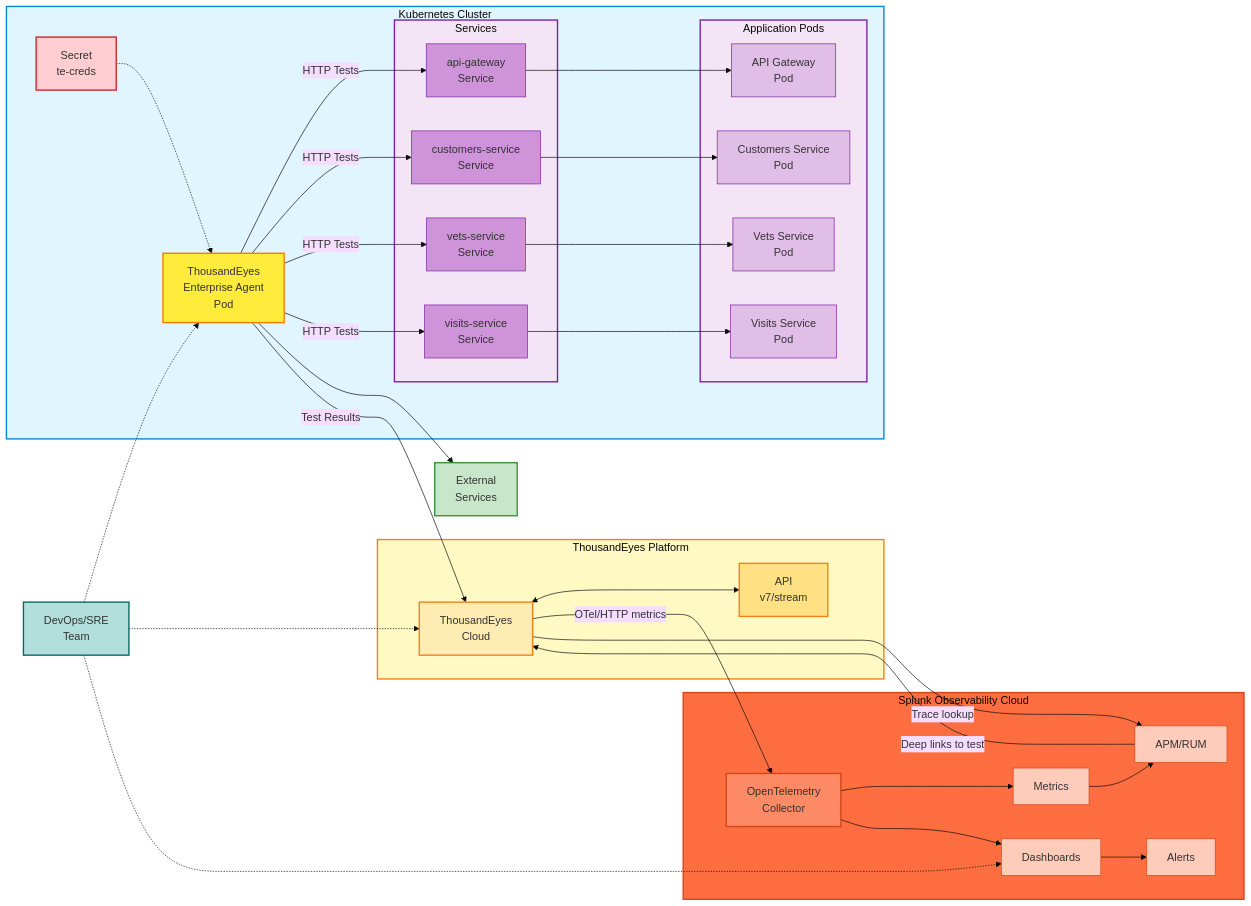
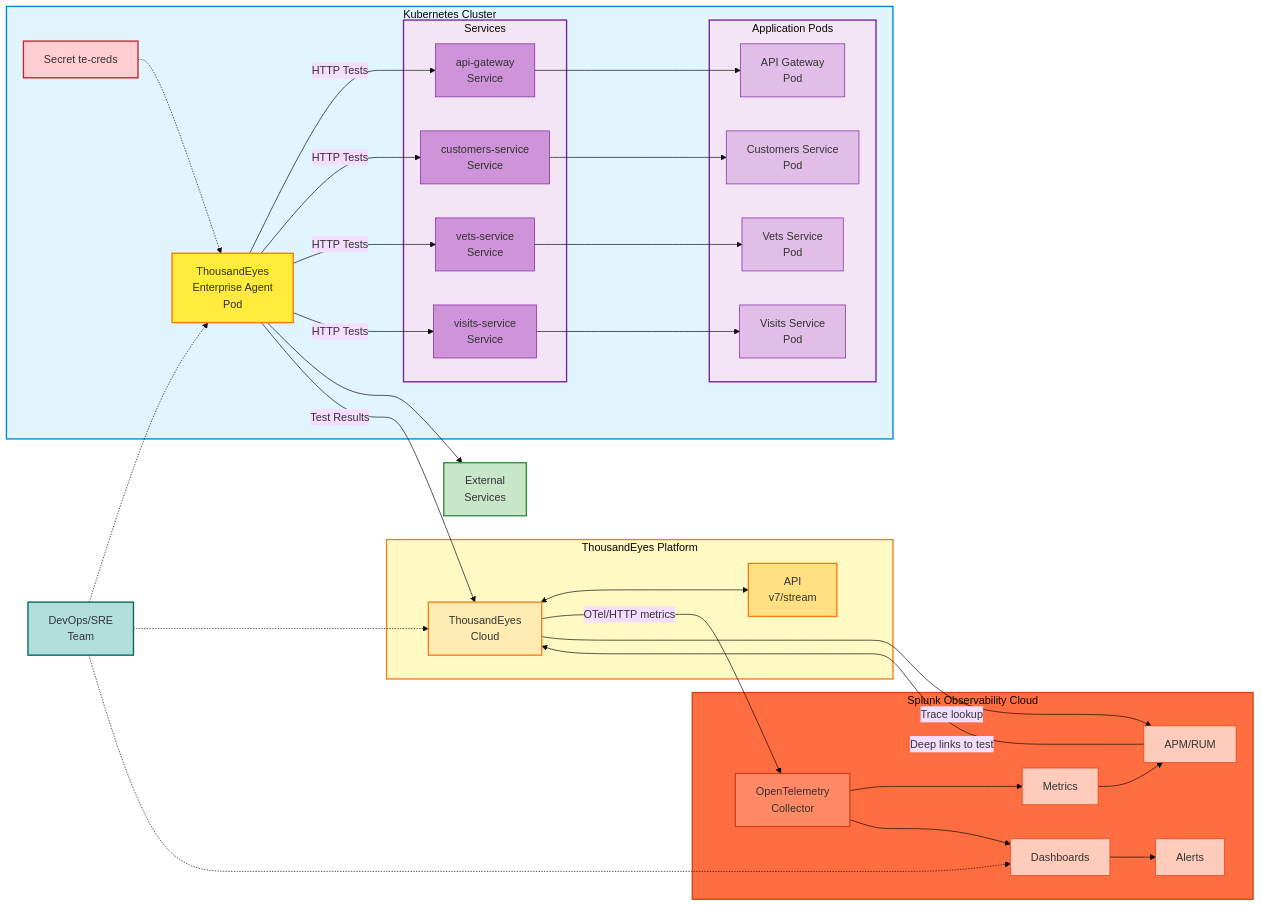
Before and after one commit to splunk/observability-workshop: the diagram in content/en/scenarios/thousandeyes-integration/1-overview/_index.md, drawn with Mermaid. The commit also changed 61 other files, not shown here.

````diff
--- a/content/en/scenarios/thousandeyes-integration/1-overview/_index.md
+++ b/content/en/scenarios/thousandeyes-integration/1-overview/_index.md
@@ -34,27 +34,24 @@
-```mermaid
+{{< mermaid >}}
 ---
 config:
   theme: 'base'
 ---
 graph LR
     subgraph k8s["Kubernetes Cluster"]
-        secret["Secret<br/>te-creds"]
-        agent["ThousandEyes<br/>Enterprise Agent<br/>Pod"]
-        
+        secret["Secret te-creds"]
+        agent["ThousandEyes<br>Enterprise Agent<br>Pod"]
         subgraph apps["Application Pods"]
             api["API Gateway<br/>Pod"]
             customers["Customers Service<br/>Pod"]
             vets["Vets Service<br/>Pod"]
             visits["Visits Service<br/>Pod"]
         end
-        
         subgraph svcs["Services"]
             api_svc["api-gateway<br/>Service"]
             customers_svc["customers-service<br/>Service"]
             vets_svc["vets-service<br/>Service"]
             visits_svc["visits-service<br/>Service"]
         end
-        
         api_svc --> api
         customers_svc --> customers
         vets_svc --> vets
@@ -125,4 +122,4 @@
     style apm fill:#ffccbc,stroke:#d84315,stroke-width:1px
     style alerts fill:#ffccbc,stroke:#d84315,stroke-width:1px
     style user fill:#b2dfdb,stroke:#00695c,stroke-width:2px
-```
+{{< /mermaid >}}
````
